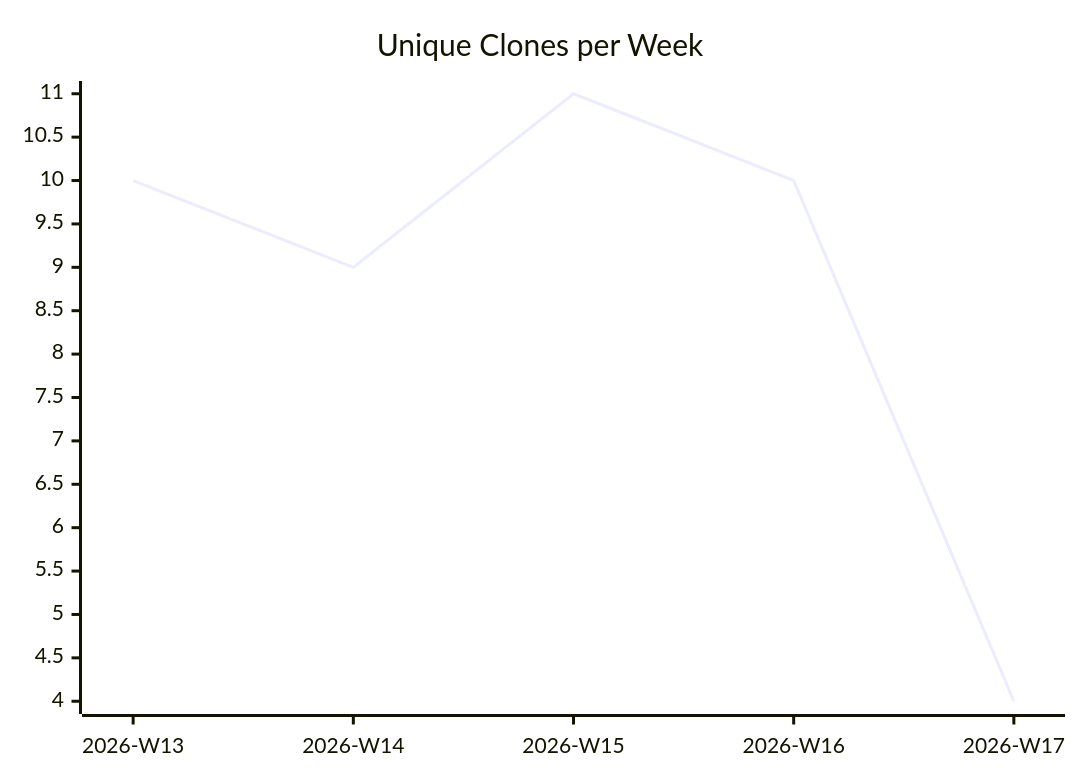
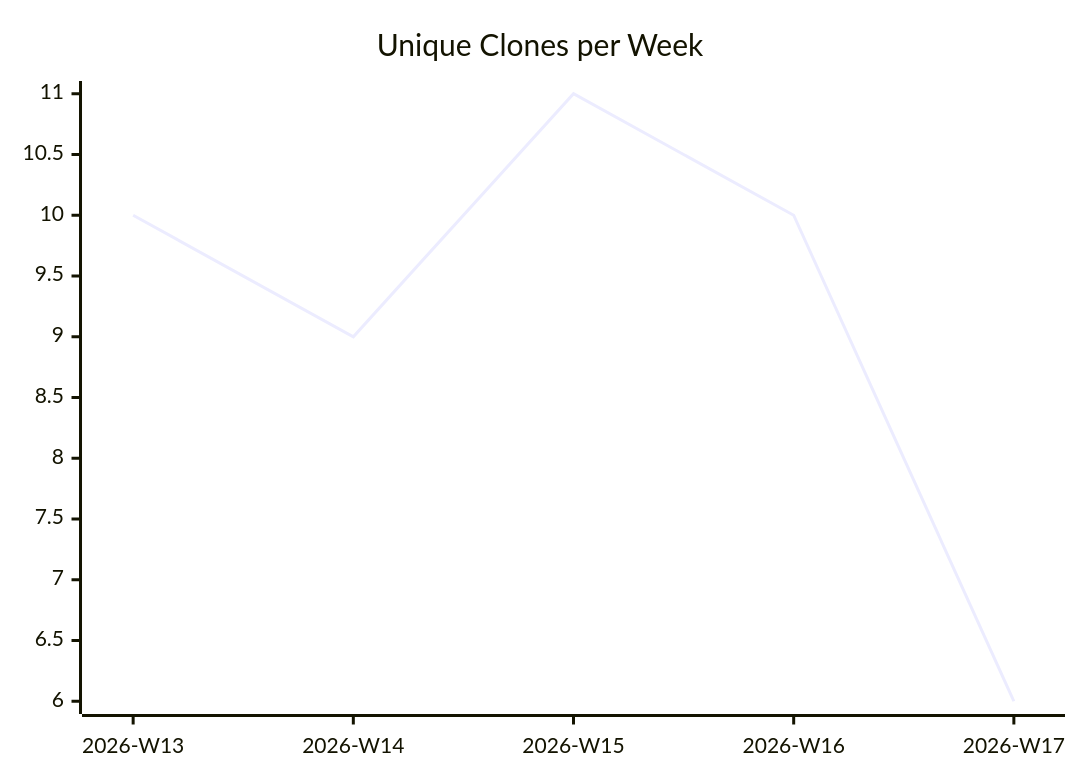
One commit to justdavis-family/github-analytics-data changed the third of 3 diagrams in karlmdavis/usgs-water-api-java/README.md. Above: the diagram before and after it, drawn with Mermaid. The commit also changed other lines of this file and 197 other files, not shown here.

````diff
--- a/karlmdavis/usgs-water-api-java/README.md
+++ b/karlmdavis/usgs-water-api-java/README.md
@@ -19,6 +19,6 @@
 ```mermaid
 xychart-beta
   title "Unique Clones per Week"
   x-axis ["2026-W13", "2026-W14", "2026-W15", "2026-W16", "2026-W17"]
-  line [10, 9, 11, 10, 4]
+  line [10, 9, 11, 10, 6]
 ```
````
